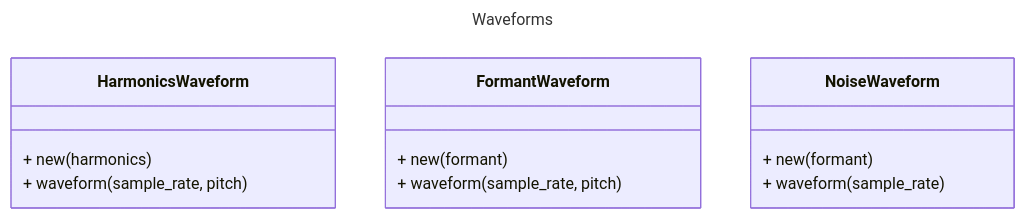
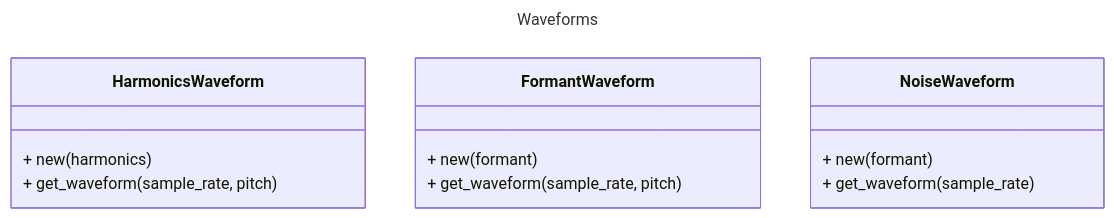
One commit to stefano-rasi/Synth changed the second of 5 diagrams in README.md. Above: the diagram before and after it, drawn with Mermaid. The commit also changed other lines of this file, not shown here.

````diff
--- a/README.md
+++ b/README.md
@@ -20,21 +18,18 @@
 ```mermaid
 ---
 title: Waveforms
 ---
 classDiagram
   class HarmonicsWaveform {
     + new(harmonics)
-
-    + waveform(sample_rate, pitch)
+    + get_waveform(sample_rate, pitch)
   }
   class FormantWaveform {
     + new(formant)
-
-    + waveform(sample_rate, pitch)
+    + get_waveform(sample_rate, pitch)
   }
   class NoiseWaveform {
     + new(formant)
-
-    + waveform(sample_rate)
+    + get_waveform(sample_rate)
   }
 ```
````
